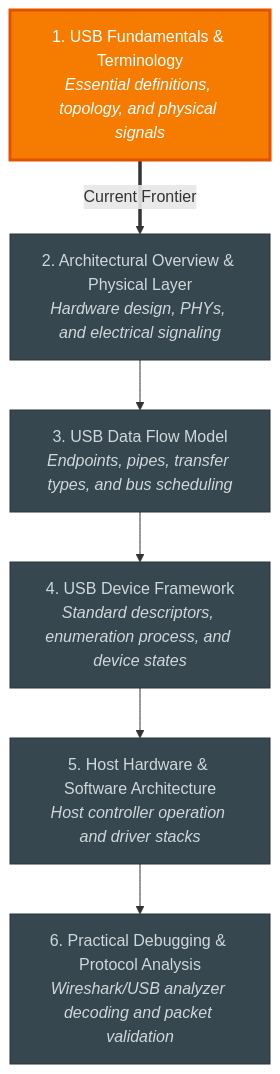
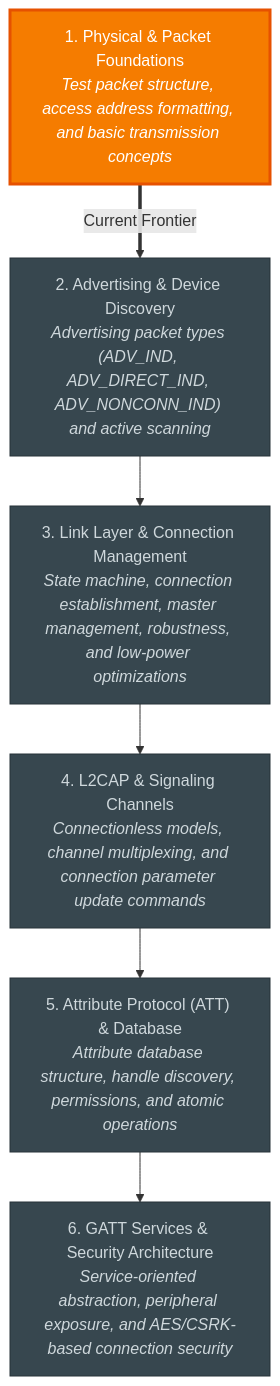
Before and after one commit to Samuel-Habib/ai_learning_assistant: the diagram in md/01_CURRICULUM_ROADMAP.md, drawn with Mermaid. The commit also changed other lines of this file and 13 other files, not shown here.

````diff
--- a/md/01_CURRICULUM_ROADMAP.md
+++ b/md/01_CURRICULUM_ROADMAP.md
@@ -9,19 +9,19 @@
 ```mermaid
 flowchart TD
     classDef mastered fill:#2e7d32,stroke:#1b5e20,stroke-width:2px,color:#fff;
     classDef current fill:#f57c00,stroke:#e65100,stroke-width:3px,color:#fff;
     classDef upcoming fill:#37474f,stroke:#263238,stroke-width:1px,color:#cfd8dc;
 
-    M1["1. USB Fundamentals & Terminology<br/><i>Essential definitions, topology, and physical signals</i>"]:::current
-    M2["2. Architectural Overview & Physical Layer<br/><i>Hardware design, PHYs, and electrical signaling</i>"]:::upcoming
-    M3["3. USB Data Flow Model<br/><i>Endpoints, pipes, transfer types, and bus scheduling</i>"]:::upcoming
-    M4["4. USB Device Framework<br/><i>Standard descriptors, enumeration process, and device states</i>"]:::upcoming
-    M5["5. Host Hardware & Software Architecture<br/><i>Host controller operation and driver stacks</i>"]:::upcoming
-    M6["6. Practical Debugging & Protocol Analysis<br/><i>Wireshark/USB analyzer decoding and packet validation</i>"]:::upcoming
+    M1["1. Physical & Packet Foundations<br/><i>Test packet structure, access address formatting, and basic transmission concepts</i>"]:::current
+    M2["2. Advertising & Device Discovery<br/><i>Advertising packet types (ADV_IND, ADV_DIRECT_IND, ADV_NONCONN_IND) and active scanning</i>"]:::upcoming
+    M3["3. Link Layer & Connection Management<br/><i>State machine, connection establishment, master management, robustness, and low-power optimizations</i>"]:::upcoming
+    M4["4. L2CAP & Signaling Channels<br/><i>Connectionless models, channel multiplexing, and connection parameter update commands</i>"]:::upcoming
+    M5["5. Attribute Protocol (ATT) & Database<br/><i>Attribute database structure, handle discovery, permissions, and atomic operations</i>"]:::upcoming
+    M6["6. GATT Services & Security Architecture<br/><i>Service-oriented abstraction, peripheral exposure, and AES/CSRK-based connection security</i>"]:::upcoming
 
     M1 ==>|Current Frontier| M2
     M2 --> M3
     M3 --> M4
     M4 --> M5
     M5 --> M6
 ```
````
